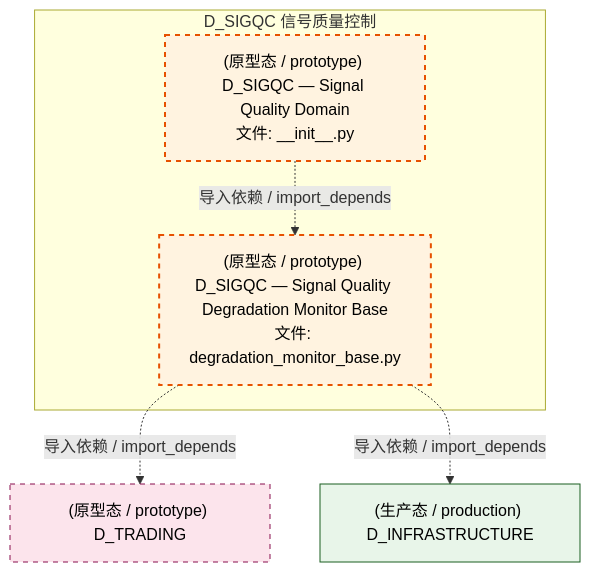
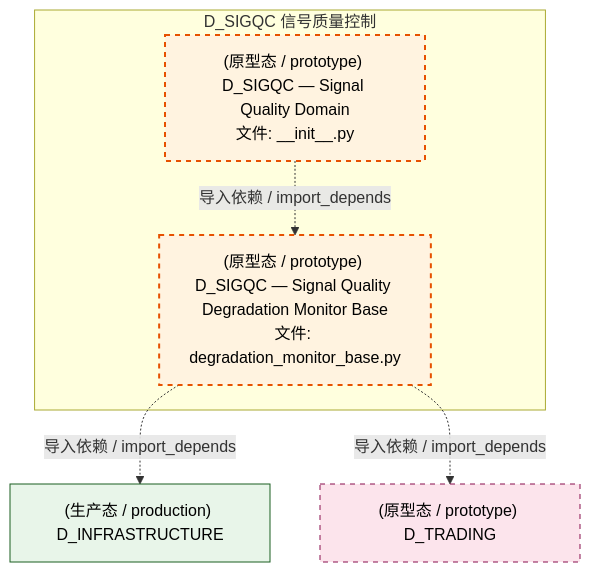
The first of 3 diagrams in docs/02_enterprise_architecture/02_domain_architecture_docs/56_d_sigqc.md (xuanFelixVan/ZephyrAlpha), drawn with Mermaid before and after one commit. The commit also changed other lines of this file and 103 other files, not shown here.

````diff
--- a/docs/02_enterprise_architecture/02_domain_architecture_docs/56_d_sigqc.md
+++ b/docs/02_enterprise_architecture/02_domain_architecture_docs/56_d_sigqc.md
@@ -64,19 +64,19 @@
 ```mermaid
 graph TD
     subgraph D_SIGQC["D_SIGQC 信号质量控制"]
         src_zephyr_signal_quality_init_py["(原型态 / prototype) D_SIGQC — Signal Quality Domain<br/>文件: __init__.py"]
         src_zephyr_signal_quality_degradation_monitor_base_py["(原型态 / prototype) D_SIGQC — Signal Quality Degradation Monitor Base<br/>文件: degradation_monitor_base.py"]
     end
     src_zephyr_signal_quality_init_py -.->|导入依赖 / import_depends| src_zephyr_signal_quality_degradation_monitor_base_py
+    D_INFRASTRUCTURE["(生产态 / production) D_INFRASTRUCTURE"]
+    src_zephyr_signal_quality_degradation_monitor_base_py -.->|导入依赖 / import_depends| D_INFRASTRUCTURE
     D_TRADING["(原型态 / prototype) D_TRADING"]
     src_zephyr_signal_quality_degradation_monitor_base_py -.->|导入依赖 / import_depends| D_TRADING
-    D_INFRASTRUCTURE["(生产态 / production) D_INFRASTRUCTURE"]
-    src_zephyr_signal_quality_degradation_monitor_base_py -.->|导入依赖 / import_depends| D_INFRASTRUCTURE
     classDef production fill:#e1f5fe,stroke:#01579b,stroke-width:2px,color:#000
     classDef design fill:#fff3e0,stroke:#e65100,stroke-width:2px,color:#000,stroke-dasharray: 5 5
     classDef external_prod fill:#e8f5e9,stroke:#1b5e20,stroke-width:1px,color:#000
     classDef external_design fill:#fce4ec,stroke:#880e4f,stroke-width:1px,color:#000,stroke-dasharray: 5 5
     class src_zephyr_signal_quality_init_py,src_zephyr_signal_quality_degradation_monitor_base_py design
     class D_INFRASTRUCTURE external_prod
     class D_TRADING external_design
 ```
````
